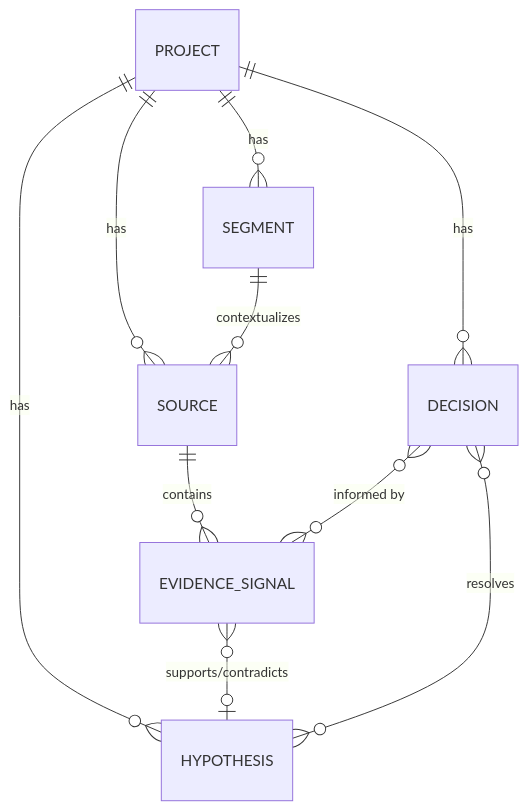
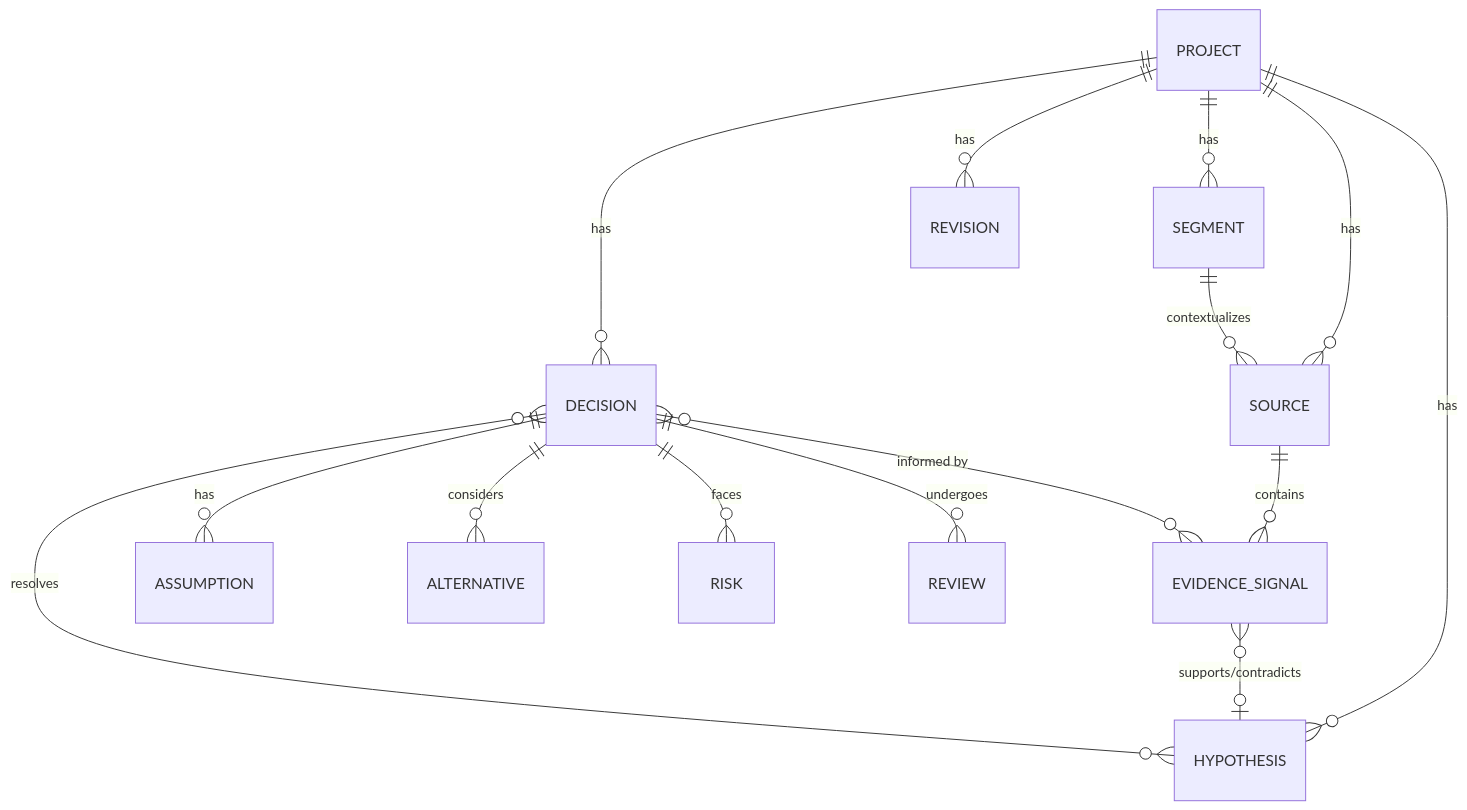
Before and after one commit to atomicdjt/validation-ledger: the diagram in docs/ARCHITECTURE.md, drawn with Mermaid. The commit also changed 17 other files, not shown here.

````diff
--- a/docs/ARCHITECTURE.md
+++ b/docs/ARCHITECTURE.md
@@ -38,14 +38,20 @@
 ```mermaid
 erDiagram
     PROJECT ||--o{ SEGMENT : "has"
     PROJECT ||--o{ SOURCE : "has"
     PROJECT ||--o{ HYPOTHESIS : "has"
     PROJECT ||--o{ DECISION : "has"
+    PROJECT ||--o{ REVISION : "has"
 
     SEGMENT ||--o{ SOURCE : "contextualizes"
     SOURCE ||--o{ EVIDENCE_SIGNAL : "contains"
     EVIDENCE_SIGNAL }o--o| HYPOTHESIS : "supports/contradicts"
 
     DECISION }o--o{ EVIDENCE_SIGNAL : "informed by"
     DECISION }o--o{ HYPOTHESIS : "resolves"
+    
+    DECISION ||--o{ ASSUMPTION : "has"
+    DECISION ||--o{ ALTERNATIVE : "considers"
+    DECISION ||--o{ RISK : "faces"
+    DECISION ||--o{ REVIEW : "undergoes"
 ```
````
